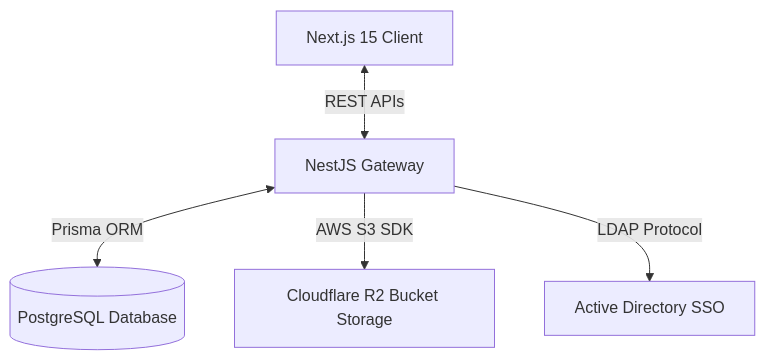
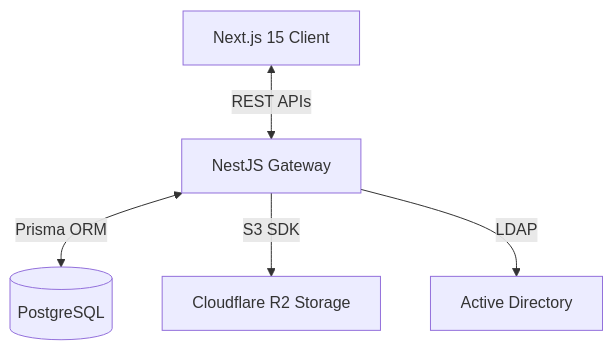
The sixth of 6 diagrams in README.md (Ham144/Ham144), drawn with Mermaid before and after one commit. The commit also changed other lines of this file and 14 other files, not shown here.

````diff
--- a/README.md
+++ b/README.md
@@ -237,7 +264,7 @@
 ```mermaid
 graph TD
     Client[Next.js 15 Client] <-->|REST APIs| Server[NestJS Gateway]
-    Server <-->|Prisma ORM| DB[(PostgreSQL Database)]
-    Server -->|AWS S3 SDK| R2[Cloudflare R2 Bucket Storage]
-    Server -->|LDAP Protocol| AD[Active Directory SSO]
+    Server <-->|Prisma ORM| DB[(PostgreSQL)]
+    Server -->|S3 SDK| R2[Cloudflare R2 Storage]
+    Server -->|LDAP| AD[Active Directory]
 ```
````
